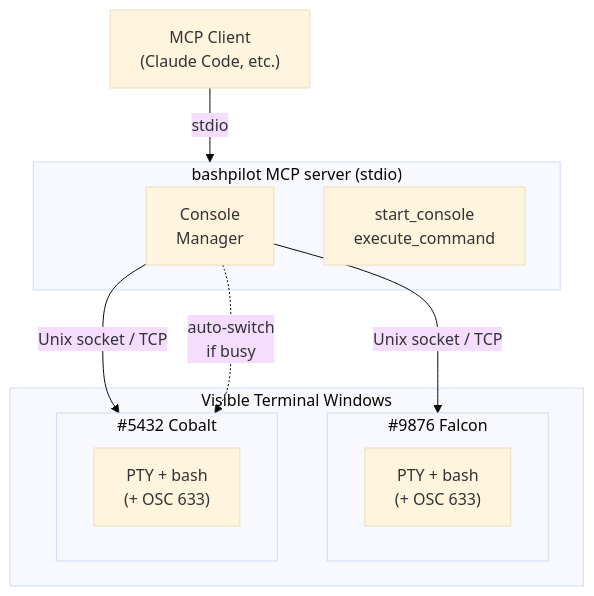
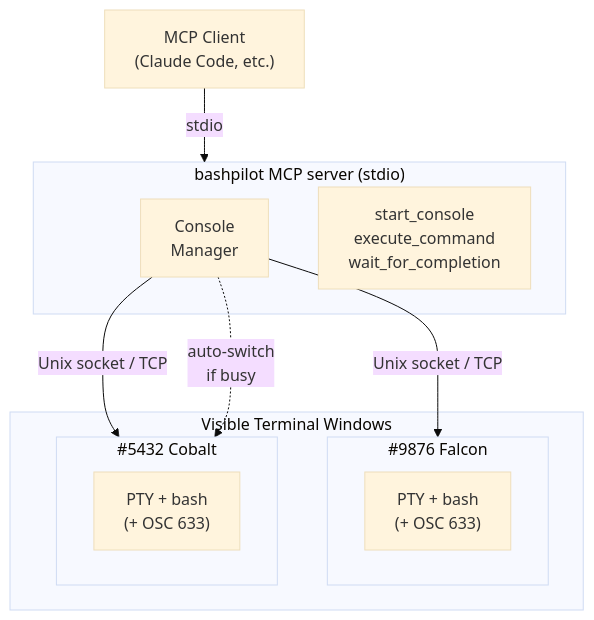
Before and after one commit to yotsuda/bashpilot: the diagram in README.md, drawn with Mermaid (base theme). The commit also changed other lines of this file, not shown here.

First line of the commit message:
Update README with final tool set and console management docs

````diff
--- a/README.md
+++ b/README.md
@@ -13,23 +13,23 @@
 ```mermaid
 graph TB
     Client["MCP Client<br/>(Claude Code, etc.)"]
 
     subgraph MCP["bashpilot MCP server (stdio)"]
         CM["Console<br/>Manager"]
-        Tools["start_console<br/>execute_command"]
+        Tools["start_console<br/>execute_command<br/>wait_for_completion"]
     end
 
     subgraph Consoles["Visible Terminal Windows"]
         subgraph C1["#9876 Falcon"]
             PTY1["PTY + bash<br/>(+ OSC 633)"]
         end
         subgraph C2["#5432 Cobalt"]
             PTY2["PTY + bash<br/>(+ OSC 633)"]
         end
     end
 
     Client -- "stdio" --> MCP
     CM -- "Unix socket / TCP" --> C1
     CM -- "Unix socket / TCP" --> C2
     CM -. "auto-switch<br/>if busy" .-> C2
 ```
````
